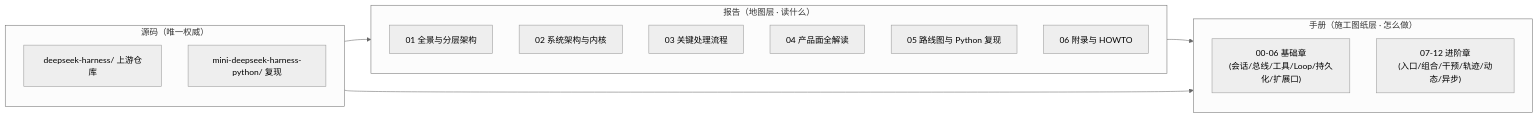
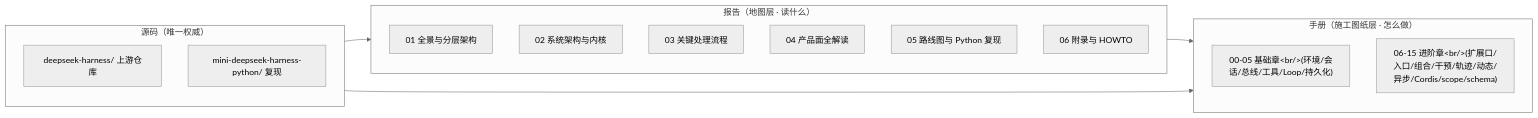
Before and after one commit to ZZKeepCurious/mini-deepseek-harness-python: the diagram in docs/report/index.md, drawn with Mermaid (neutral theme). The commit also changed other lines of this file and 27 other files, not shown here.

````diff
--- a/docs/report/index.md
+++ b/docs/report/index.md
@@ -16,21 +16,21 @@
 ```mermaid
 flowchart LR
   subgraph REP["报告（地图层 · 读什么）"]
     O1["01 全景与分层架构"]
     O2["02 系统架构与内核"]
     O3["03 关键处理流程"]
     O4["04 产品面全解读"]
     O5["05 路线图与 Python 复现"]
     O6["06 附录与 HOWTO"]
   end
   subgraph MD["手册（施工图纸层 · 怎么做）"]
-    M1["00-06 基础章<br/>(会话/总线/工具/Loop/持久化/扩展口)"]
-    M2["07-12 进阶章<br/>(入口/组合/干预/轨迹/动态/异步)"]
+    M1["00-05 基础章&lt;br/&gt;(环境/会话/总线/工具/Loop/持久化)"]
+    M2["06-15 进阶章&lt;br/&gt;(扩展口/入口/组合/干预/轨迹/动态/异步/Cordis/scope/schema)"]
   end
   subgraph SRC["源码（唯一权威）"]
     S1["deepseek-harness/ 上游仓库"]
     S2["mini-deepseek-harness-python/ 复现"]
   end
   SRC --> REP --> MD
   SRC --> MD
 ```
````
